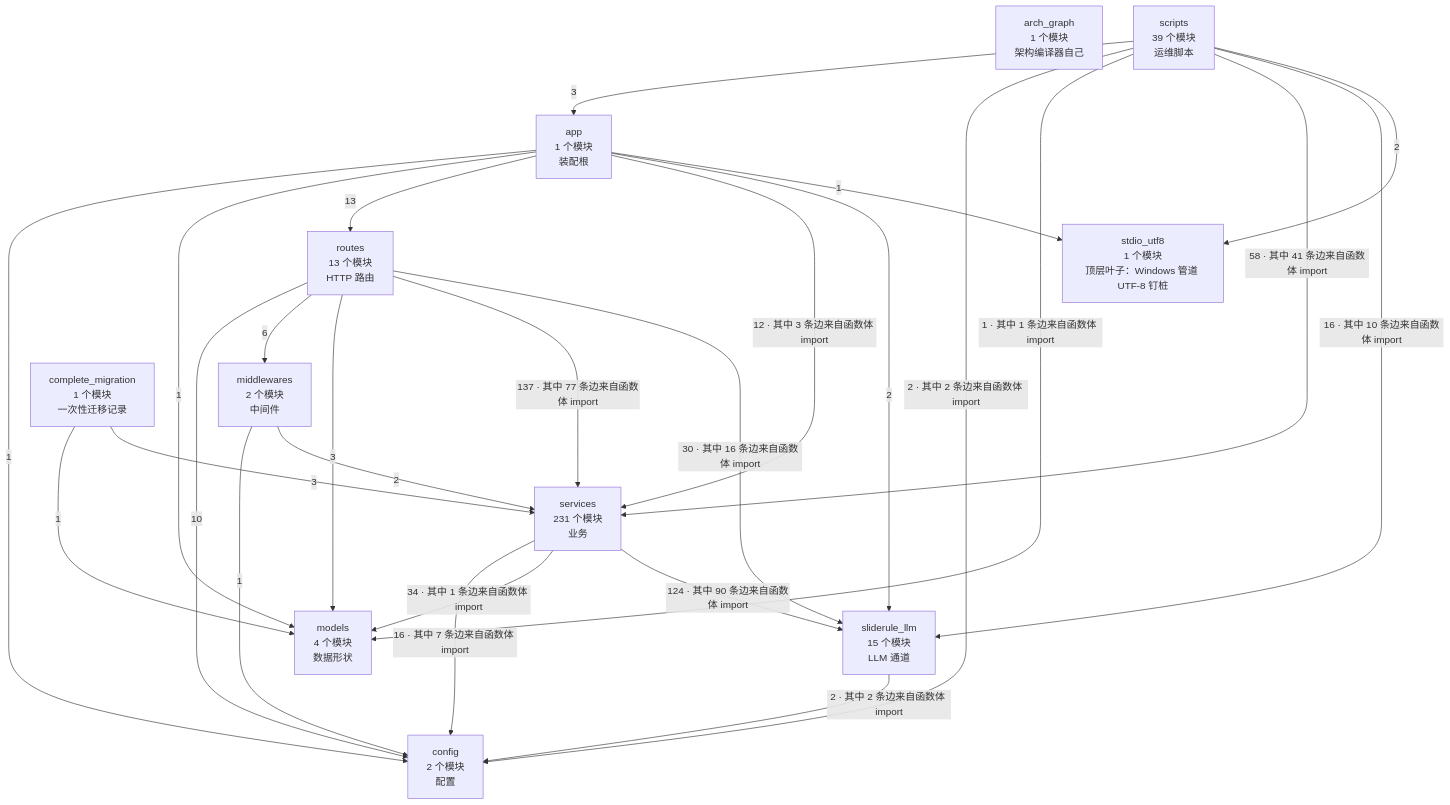
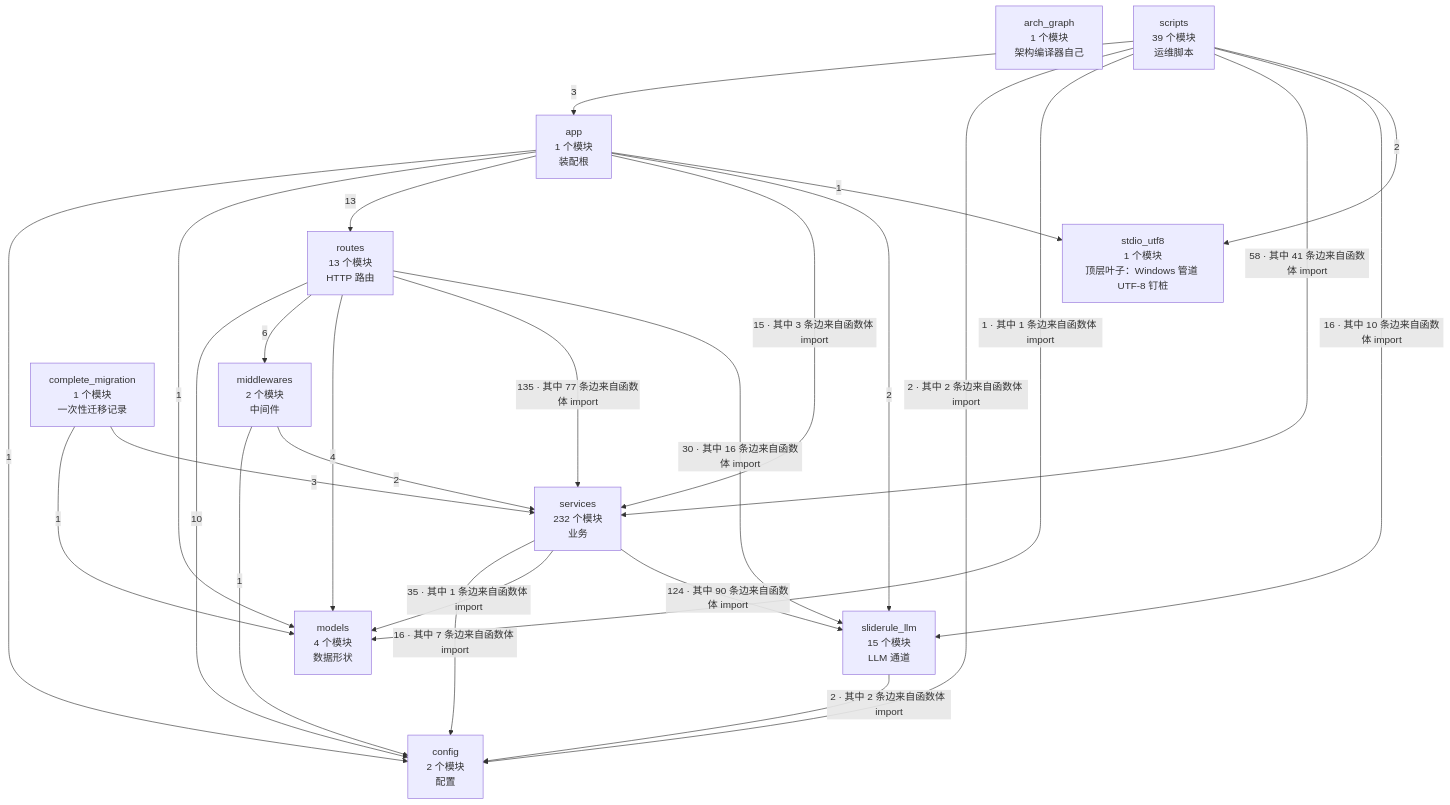
One commit to 2686521696/WhyBuddy changed the second of 4 diagrams in docs/SlideRule V6.2 架构图（自动生成）.md. Above: the diagram before and after it, drawn with Mermaid. The commit also changed other lines of this file and 14 other files, not shown here.

````diff
--- a/docs/SlideRule V6.2 架构图（自动生成）.md
+++ b/docs/SlideRule V6.2 架构图（自动生成）.md
@@ -62,39 +62,39 @@
 ```mermaid
 flowchart TB
   arch_graph["arch_graph<br/>1 个模块<br/>架构编译器自己"]
   config["config<br/>2 个模块<br/>配置"]
   models["models<br/>4 个模块<br/>数据形状"]
   stdio_utf8["stdio_utf8<br/>1 个模块<br/>顶层叶子：Windows 管道 UTF-8 钉桩"]
   sliderule_llm["sliderule_llm<br/>15 个模块<br/>LLM 通道"]
   middlewares["middlewares<br/>2 个模块<br/>中间件"]
-  services["services<br/>231 个模块<br/>业务"]
+  services["services<br/>232 个模块<br/>业务"]
   routes["routes<br/>13 个模块<br/>HTTP 路由"]
   app["app<br/>1 个模块<br/>装配根"]
   complete_migration["complete_migration<br/>1 个模块<br/>一次性迁移记录"]
   scripts["scripts<br/>39 个模块<br/>运维脚本"]
   app -->|1| config
   app -->|1| models
   app -->|13| routes
-  app -->|12 · 其中 3 条边来自函数体 import| services
+  app -->|15 · 其中 3 条边来自函数体 import| services
   app -->|2| sliderule_llm
   app -->|1| stdio_utf8
   complete_migration -->|1| models
   complete_migration -->|3| services
   middlewares -->|1| config
   middlewares -->|2| services
   routes -->|10| config
   routes -->|6| middlewares
-  routes -->|3| models
-  routes -->|137 · 其中 77 条边来自函数体 import| services
+  routes -->|4| models
+  routes -->|135 · 其中 77 条边来自函数体 import| services
   routes -->|30 · 其中 16 条边来自函数体 import| sliderule_llm
   scripts -->|3| app
   scripts -->|2 · 其中 2 条边来自函数体 import| config
   scripts -->|1 · 其中 1 条边来自函数体 import| models
   scripts -->|58 · 其中 41 条边来自函数体 import| services
   scripts -->|16 · 其中 10 条边来自函数体 import| sliderule_llm
   scripts -->|2| stdio_utf8
   services -->|16 · 其中 7 条边来自函数体 import| config
-  services -->|34 · 其中 1 条边来自函数体 import| models
+  services -->|35 · 其中 1 条边来自函数体 import| models
   services -->|124 · 其中 90 条边来自函数体 import| sliderule_llm
   sliderule_llm -->|2 · 其中 2 条边来自函数体 import| config
 ```
````
